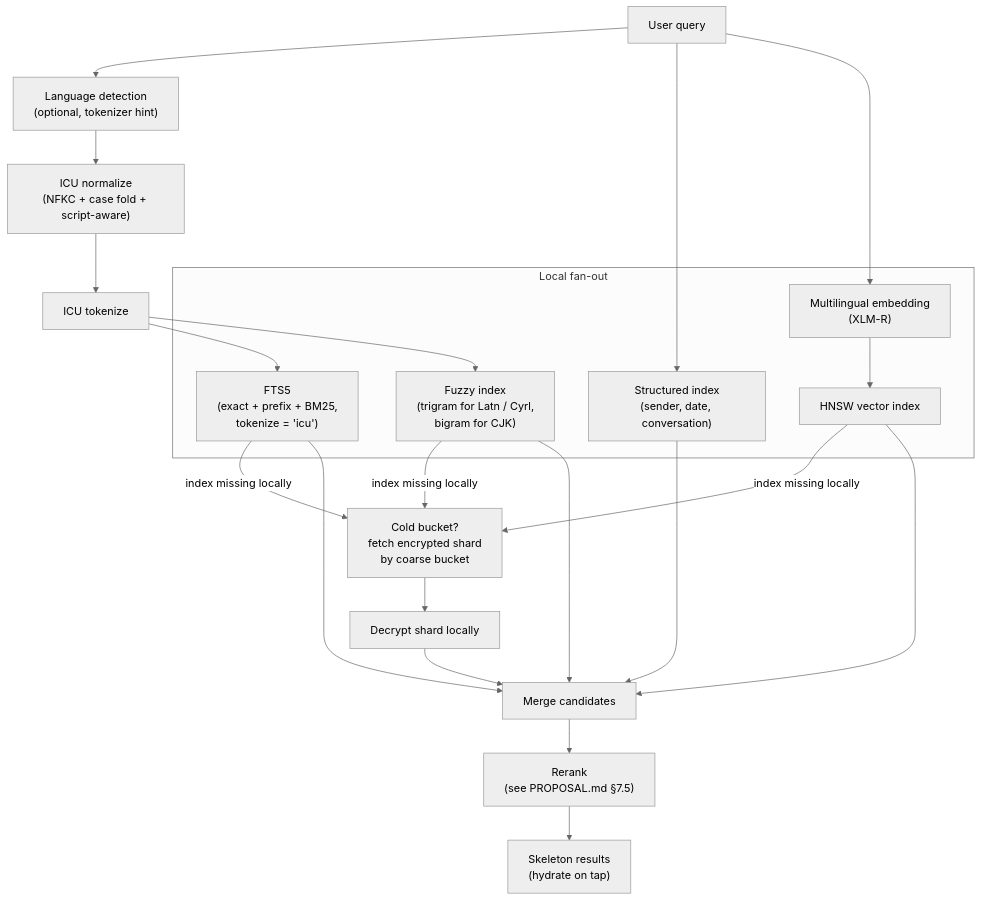
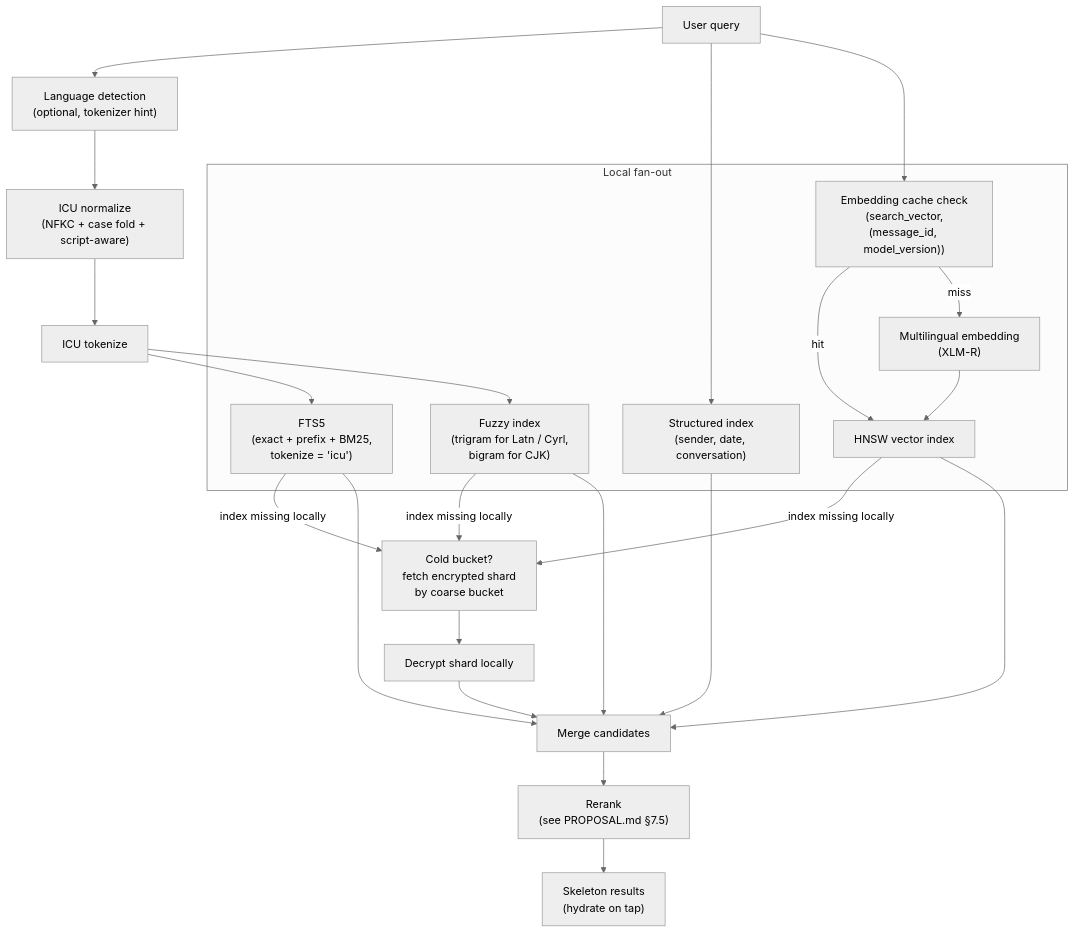
The ninth of 30 diagrams in docs/ARCHITECTURE.md (kennguy3n/chat-storage-search), drawn with Mermaid (neutral theme) before and after one commit. The commit also changed other lines of this file and 6 other files, not shown here.

First line of the commit message:
embedding cache (cross-pipeline) + INT4 quantization scaffold

````diff
--- a/docs/ARCHITECTURE.md
+++ b/docs/ARCHITECTURE.md
@@ -708,37 +708,41 @@
 ```mermaid
 flowchart TD
     Q["User query"]
     LD["Language detection<br/>(optional, tokenizer hint)"]
     NORM["ICU normalize<br/>(NFKC + case fold + script-aware)"]
     TOK["ICU tokenize"]
 
     subgraph Local["Local fan-out"]
         FTS["FTS5<br/>(exact + prefix + BM25,<br/>tokenize = 'icu')"]
         FZ["Fuzzy index<br/>(trigram for Latn / Cyrl,<br/>bigram for CJK)"]
         STRUCT["Structured index<br/>(sender, date, conversation)"]
+        ECACHE["Embedding cache check<br/>(search_vector,<br/>(message_id, model_version))"]
         EMB["Multilingual embedding<br/>(XLM-R)"]
         HNSW["HNSW vector index"]
     end
 
     Cold["Cold bucket?<br/>fetch encrypted shard<br/>by coarse bucket"]
     Decrypt["Decrypt shard locally"]
     Merge["Merge candidates"]
     Rerank["Rerank<br/>(see PROPOSAL.md §7.5)"]
     Out["Skeleton results<br/>(hydrate on tap)"]
 
     Q --> LD --> NORM --> TOK
     TOK --> FTS
     TOK --> FZ
     Q --> STRUCT
-    Q --> EMB --> HNSW
+    Q --> ECACHE
+    ECACHE -->|"hit"| HNSW
+    ECACHE -->|"miss"| EMB
+    EMB --> HNSW
     FTS -->|"index missing locally"| Cold
     FZ -->|"index missing locally"| Cold
     HNSW -->|"index missing locally"| Cold
     Cold --> Decrypt
     Decrypt --> Merge
     FTS --> Merge
     FZ --> Merge
     STRUCT --> Merge
     HNSW --> Merge
     Merge --> Rerank --> Out
 ```
````
